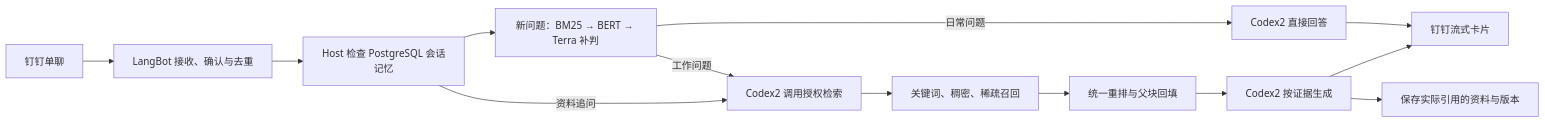
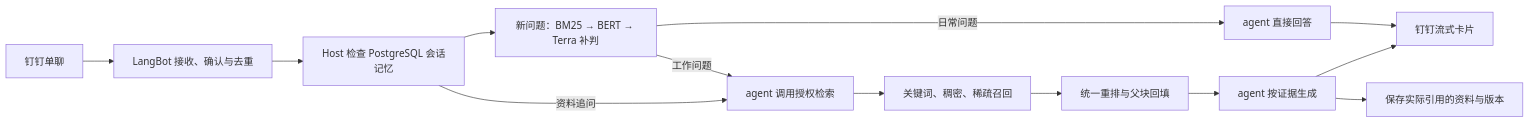
Before and after one commit to Daer-233/WorkRAG: the diagram in README.md, drawn with Mermaid.

````diff
--- a/README.md
+++ b/README.md
@@ -7,15 +7,15 @@
 ```mermaid
 flowchart LR
     A["钉钉单聊"] --> B["LangBot 接收、确认与去重"]
     B --> C["Host 检查 PostgreSQL 会话记忆"]
     C --> D["新问题：BM25 → BERT → Terra 补判"]
-    D -->|日常问题| E["Codex2 直接回答"]
-    D -->|工作问题| F["Codex2 调用授权检索"]
+    D -->|日常问题| E["agent 直接回答"]
+    D -->|工作问题| F["agent 调用授权检索"]
     C -->|资料追问| F
     F --> G["关键词、稠密、稀疏召回"]
     G --> H["统一重排与父块回填"]
-    H --> I["Codex2 按证据生成"]
+    H --> I["agent 按证据生成"]
     E --> J["钉钉流式卡片"]
     I --> J
     I --> K["保存实际引用的资料与版本"]
 ```
````
